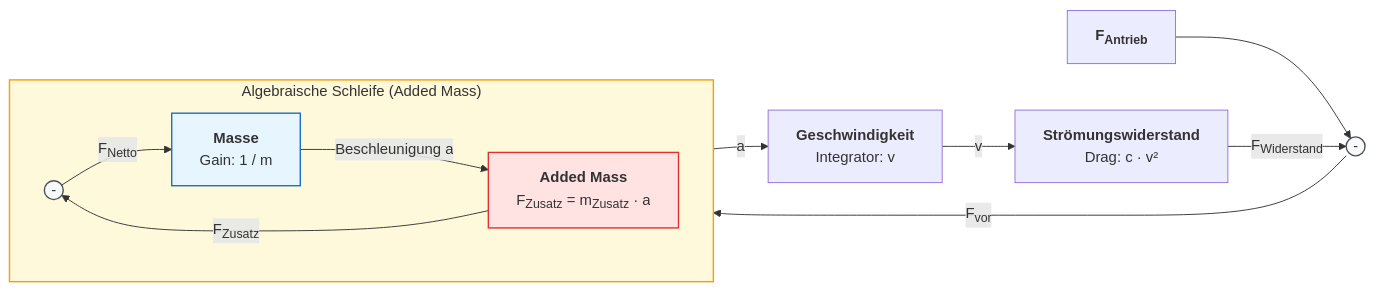
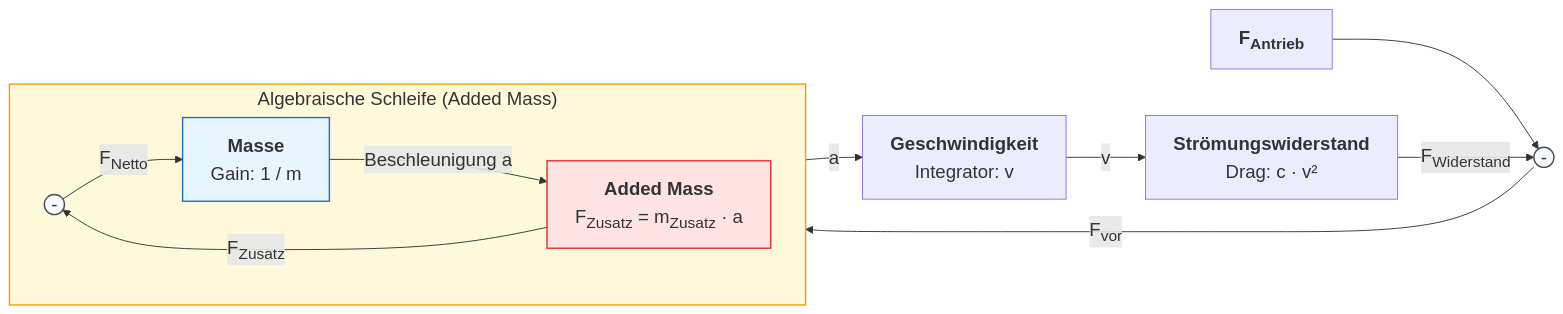
Before and after one commit to ghackenberg/kurs-computer-simulation: the diagram in Folien/08_Dynamische_Modelle_Kontinuierlich/Diagramme/Algebraische_Schleife_Mechanik.mmd, drawn with Mermaid. The commit also changed 38 other files, not shown here.

```diff
--- a/Folien/08_Dynamische_Modelle_Kontinuierlich/Diagramme/Algebraische_Schleife_Mechanik.mmd
+++ b/Folien/08_Dynamische_Modelle_Kontinuierlich/Diagramme/Algebraische_Schleife_Mechanik.mmd
@@ -1,20 +1,21 @@
+%%{init: {'themeVariables': {'fontSize': '20px'}}}%%
 flowchart LR
     F_ext["<b>F<sub>Antrieb</sub></b>"] --> S1(( - ))
     Drag["<b>Strömungswiderstand</b><br/>Drag: c · v²"] -->|"F<sub>Widerstand</sub>"| S1
     S1 -->|"F<sub>vor</sub>"| S2(( - ))
     
     subgraph Loop ["Algebraische Schleife (Added Mass)"]
         direction LR
         S2 -->|"F<sub>Netto</sub>"| G1["<b>Masse</b><br/>Gain: 1 / m"]
         G1 -->|"Beschleunigung a"| AM["<b>Added Mass</b><br/>F<sub>Zusatz</sub> = m<sub>Zusatz</sub> · a"]
         AM -->|"F<sub>Zusatz</sub>"| S2
     end
     
     G1 -->|"a"| Iv["<b>Geschwindigkeit</b><br/>Integrator: v"]
     Iv -->|"v"| Drag
 
     style Loop fill:#fff9db,stroke:#f59f00,stroke-width:1.5px
     style AM fill:#ffe3e3,stroke:#e03131,stroke-width:1.5px
     style G1 fill:#e7f5ff,stroke:#1971c2,stroke-width:1.5px
     style S1 fill:#f8f9fa,stroke:#495057,stroke-width:1.5px
     style S2 fill:#f8f9fa,stroke:#495057,stroke-width:1.5px
```
